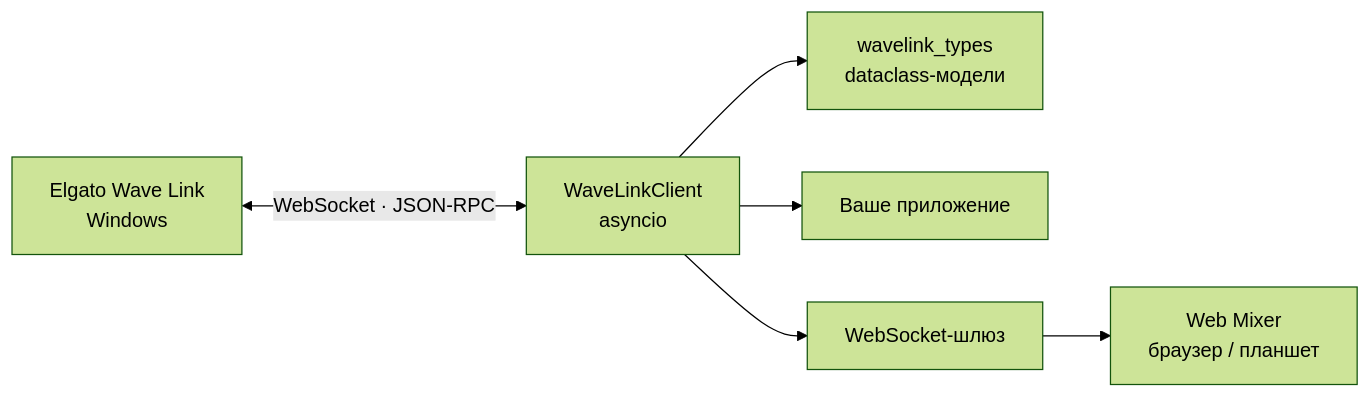
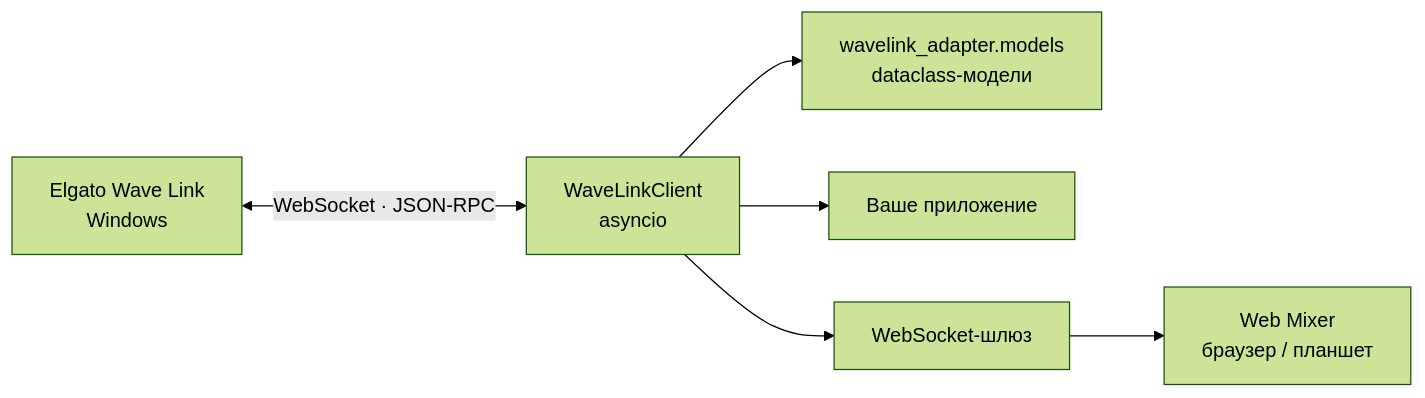
Before and after one commit to Nekit678/WaveLinkAdapter: the diagram in README.ru.md, drawn with Mermaid (forest theme). The commit also changed other lines of this file and 16 other files, not shown here.

````diff
--- a/README.ru.md
+++ b/README.ru.md
@@ -76,8 +76,8 @@
 ```mermaid
 flowchart LR
     WL["Elgato Wave Link<br>Windows"] <-->|"WebSocket · JSON-RPC"| Core["WaveLinkClient<br>asyncio"]
-    Core --> Types["wavelink_types<br>dataclass-модели"]
+    Core --> Types["wavelink_adapter.models<br>dataclass-модели"]
     Core --> App["Ваше приложение"]
     Core --> Gateway["WebSocket-шлюз"]
     Gateway --> Browser["Web Mixer<br>браузер / планшет"]
 ```
````
